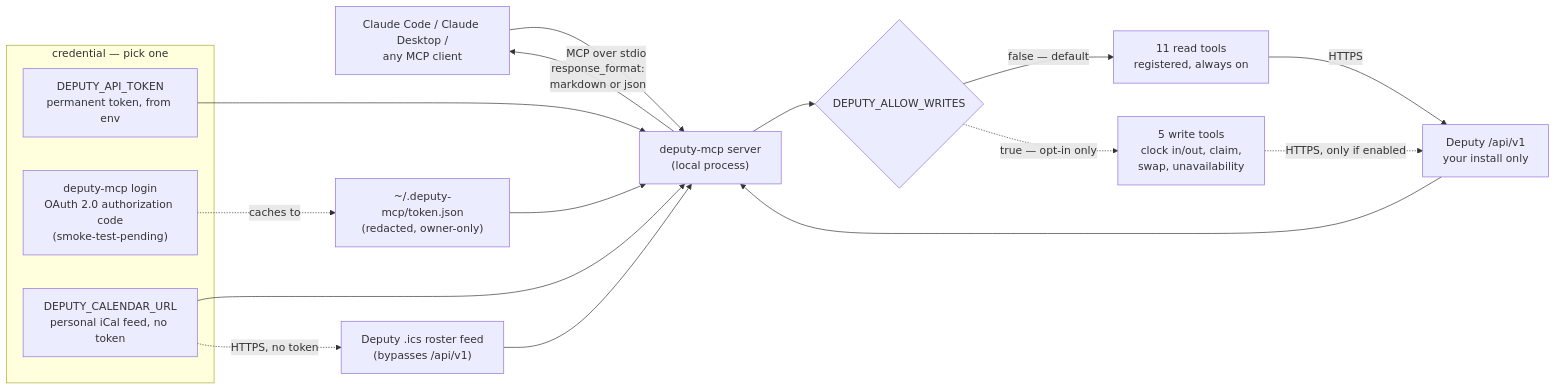
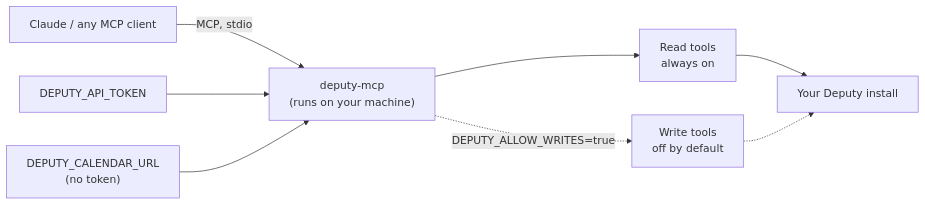
Before and after one commit to augbastos/Deputy-MCP: the diagram in README.md, drawn with Mermaid. The commit also changed other lines of this file and 1 other file, not shown here.

````diff
--- a/README.md
+++ b/README.md
@@ -17,27 +141,13 @@
 ```mermaid
 flowchart LR
-    A["Claude Code / Claude Desktop /<br/>any MCP client"] -->|"MCP over stdio"| B["deputy-mcp server<br/>(local process)"]
+    A["Claude / any MCP client"] -->|"MCP, stdio"| B["deputy-mcp<br/>(runs on your machine)"]
 
-    subgraph Cred["credential — pick one"]
-        T1["DEPUTY_API_TOKEN<br/>permanent token, from env"]
-        T2["deputy-mcp login<br/>OAuth 2.0 authorization code<br/>(smoke-test-pending)"]
-        T3["DEPUTY_CALENDAR_URL<br/>personal iCal feed, no token"]
-    end
-    T2 -.->|"caches to"| S["~/.deputy-mcp/token.json<br/>(redacted, owner-only)"]
+    T1["DEPUTY_API_TOKEN"] --> B
+    T2["DEPUTY_CALENDAR_URL<br/>(no token)"] --> B
 
-    T1 --> B
-    S --> B
-    T3 --> B
+    B --> R["Read tools<br/>always on"]
+    B -.->|"DEPUTY_ALLOW_WRITES=true"| W["Write tools<br/>off by default"]
 
-    B --> G{"DEPUTY_ALLOW_WRITES"}
-    G -->|"false — default"| R["11 read tools<br/>registered, always on"]
-    G -.->|"true — opt-in only"| W["5 write tools<br/>clock in/out, claim,<br/>swap, unavailability"]
-
-    R -->|"HTTPS"| API["Deputy /api/v1<br/>your install only"]
-    T3 -.->|"HTTPS, no token"| ICS["Deputy .ics roster feed<br/>(bypasses /api/v1)"]
-    W -.->|"HTTPS, only if enabled"| API
-
-    API --> B
-    ICS --> B
-    B -->|"response_format:<br/>markdown or json"| A
+    R --> API["Your Deputy install"]
+    W -.-> API
 ```
````
